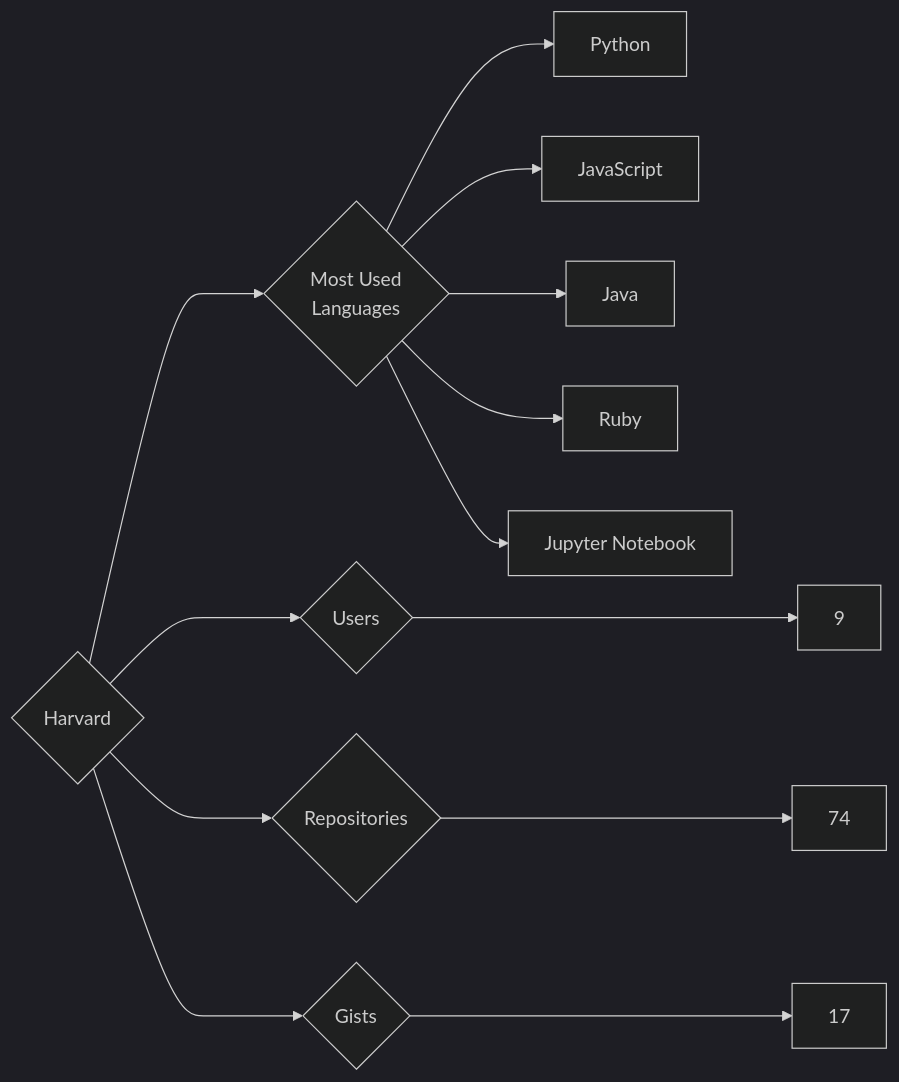
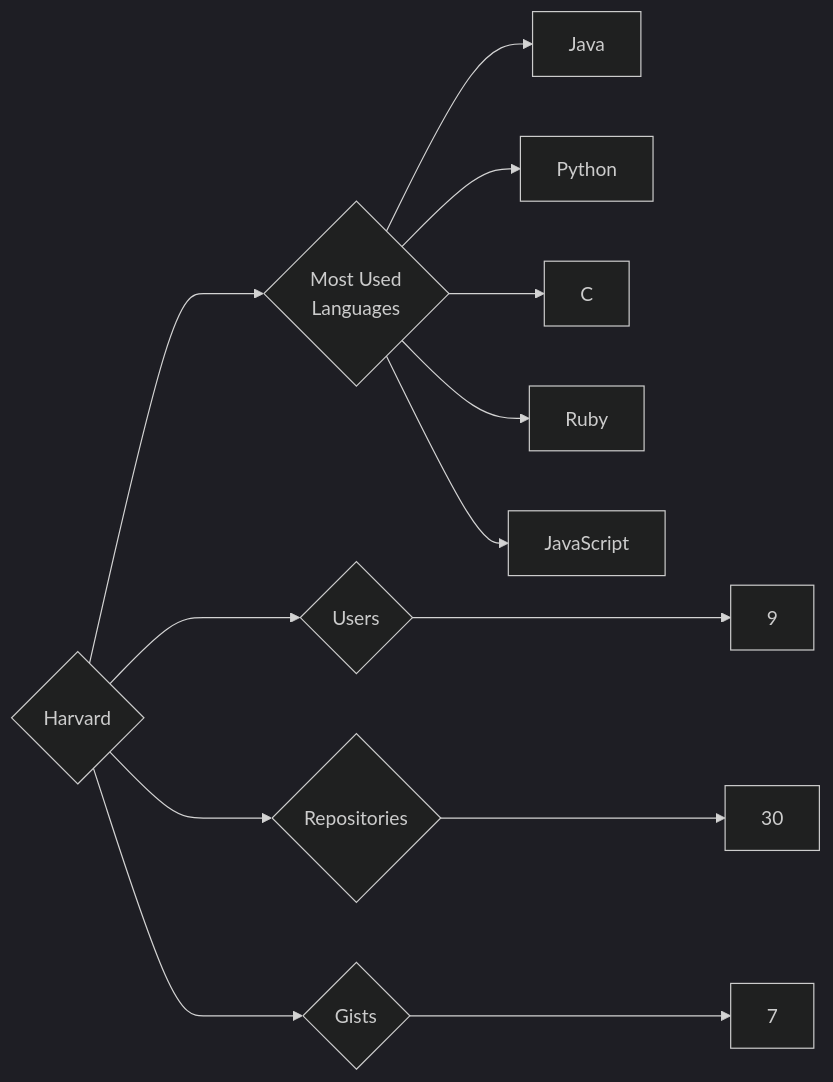
The diagram in targets/Harvard/README.md (trickest/insiders), drawn with Mermaid (dark theme) before and after one commit. The commit also changed 1238 other files, not shown here.

````diff
--- a/targets/Harvard/README.md
+++ b/targets/Harvard/README.md
@@ -3,13 +3,13 @@
 ```mermaid
 graph LR
 COMPANY_NAME{Harvard}
 COMPANY_NAME ---> U{Users} ---> UN[9]
-COMPANY_NAME ---> R{Repositories} ---> RN[74]
-COMPANY_NAME ---> G{Gists} ---> GN[17]
+COMPANY_NAME ---> R{Repositories} ---> RN[30]
+COMPANY_NAME ---> G{Gists} ---> GN[7]
 COMPANY_NAME ---> ML{Most Used<br>Languages}
+ML --> Java[Java]
 ML --> Python[Python]
+ML --> C[C]
+ML --> Ruby[Ruby]
 ML --> JavaScript[JavaScript]
-ML --> Java[Java]
-ML --> Ruby[Ruby]
-ML --> Jupyter_Notebook[Jupyter Notebook]
 ```
````
